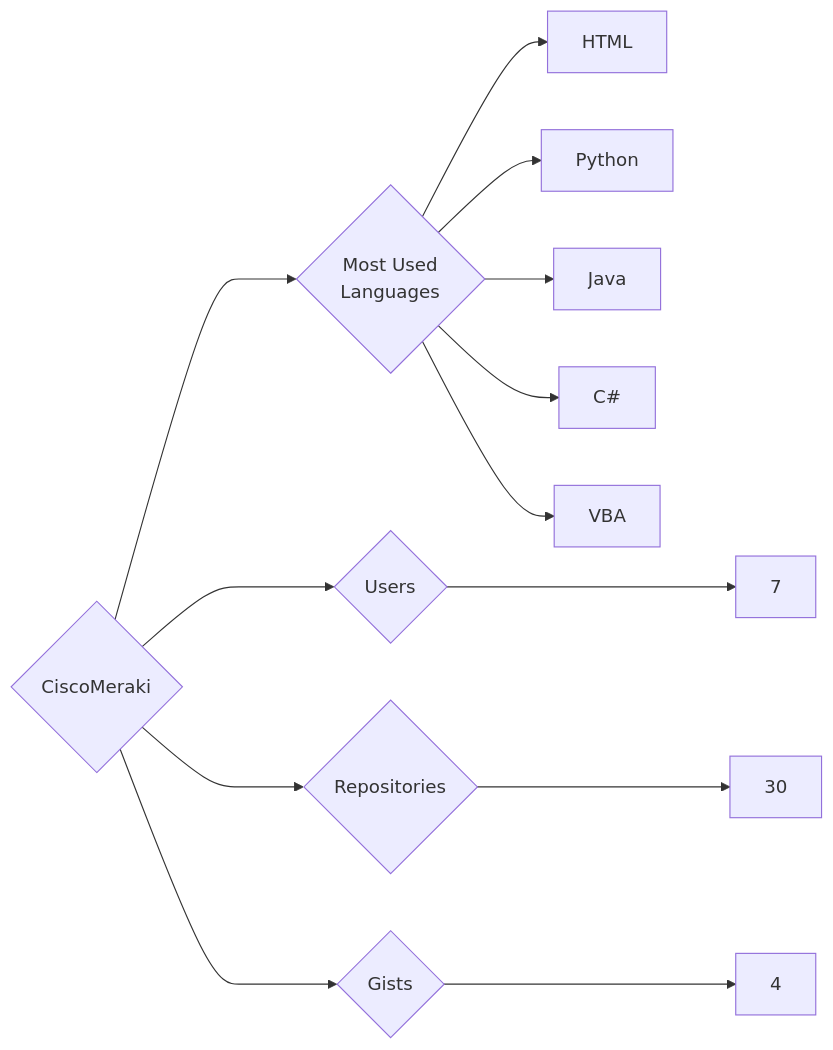
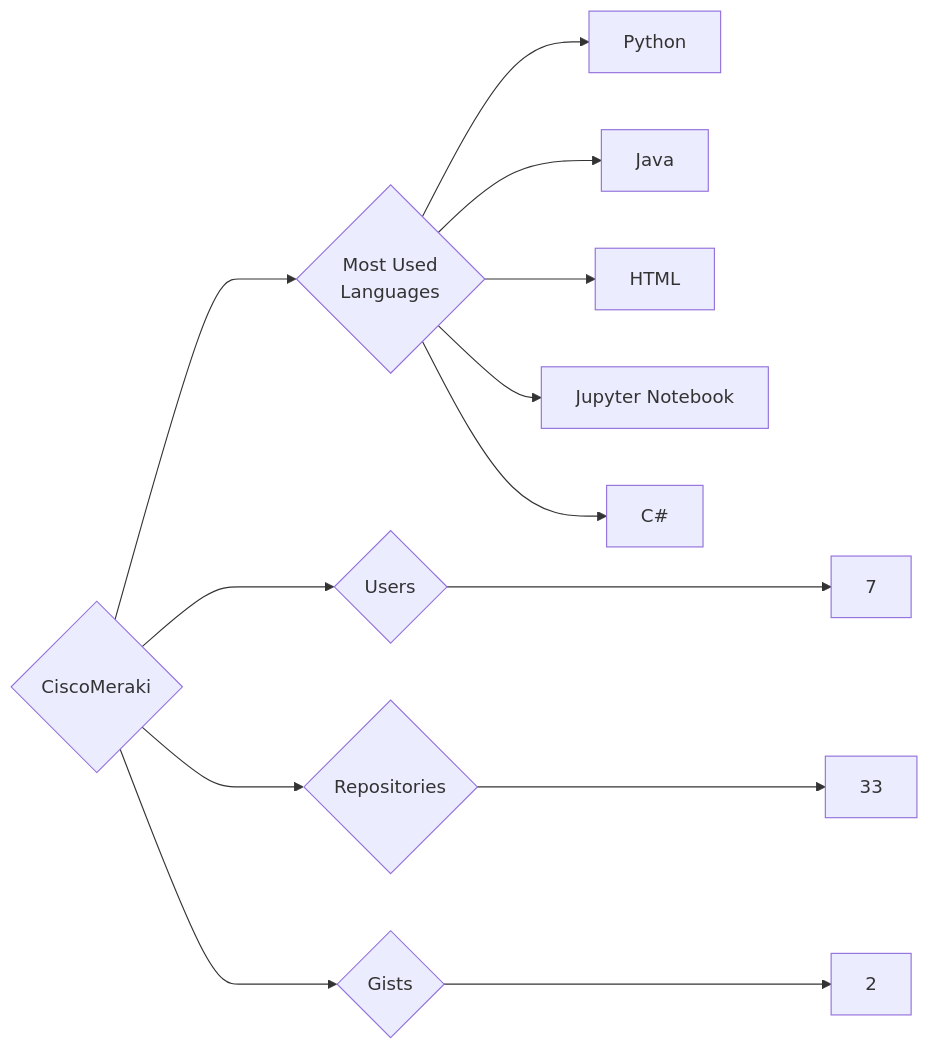
The diagram in targets/CiscoMeraki/README.md (trickest/insiders), drawn with Mermaid before and after one commit. The commit also changed 1166 other files, not shown here.

````diff
--- a/targets/CiscoMeraki/README.md
+++ b/targets/CiscoMeraki/README.md
@@ -3,13 +3,13 @@
 ```mermaid
 graph LR
 COMPANY_NAME{CiscoMeraki}
 COMPANY_NAME ---> U{Users} ---> UN[7]
-COMPANY_NAME ---> R{Repositories} ---> RN[30]
-COMPANY_NAME ---> G{Gists} ---> GN[4]
+COMPANY_NAME ---> R{Repositories} ---> RN[33]
+COMPANY_NAME ---> G{Gists} ---> GN[2]
 COMPANY_NAME ---> ML{Most Used<br>Languages}
-ML --> HTML[HTML]
 ML --> Python[Python]
 ML --> Java[Java]
+ML --> HTML[HTML]
+ML --> Jupyter_Notebook[Jupyter Notebook]
 ML --> C#[C#]
-ML --> VBA[VBA]
 ```
````
